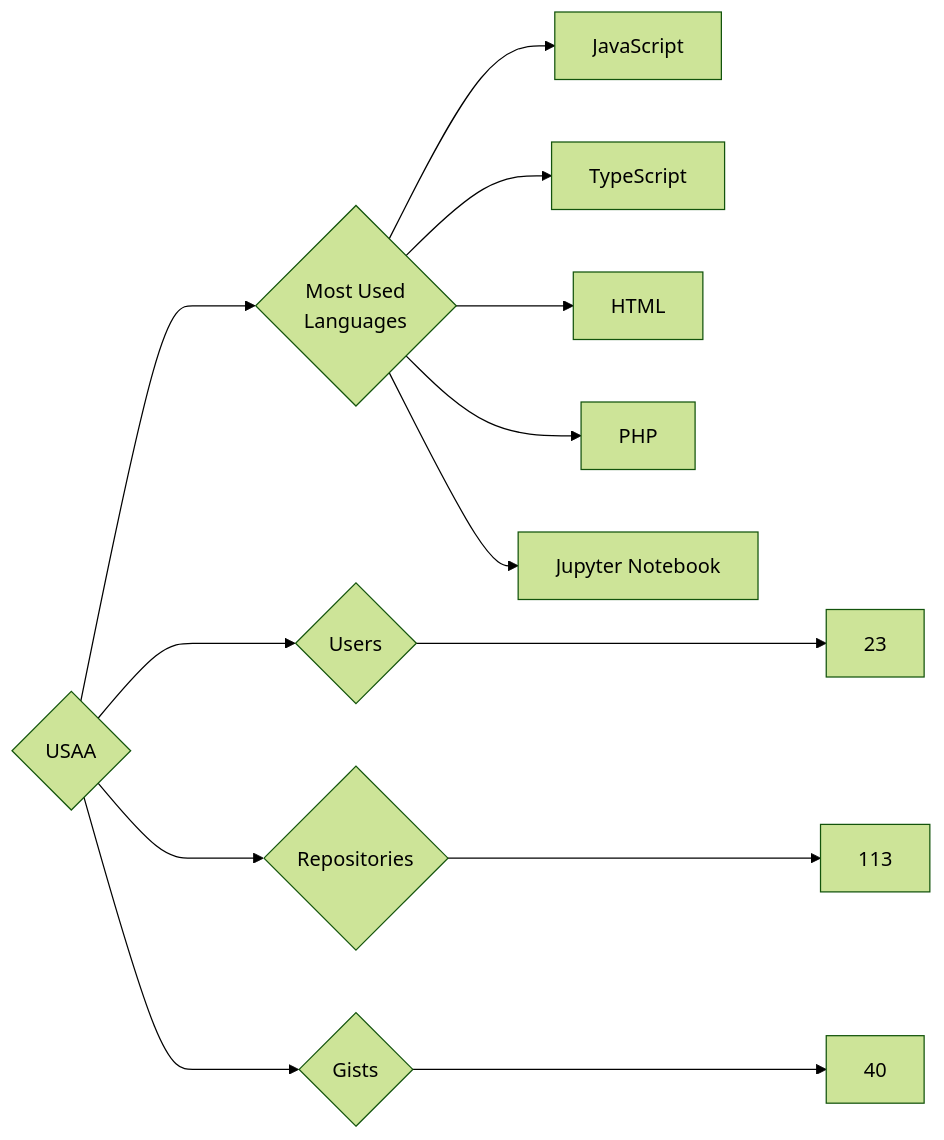
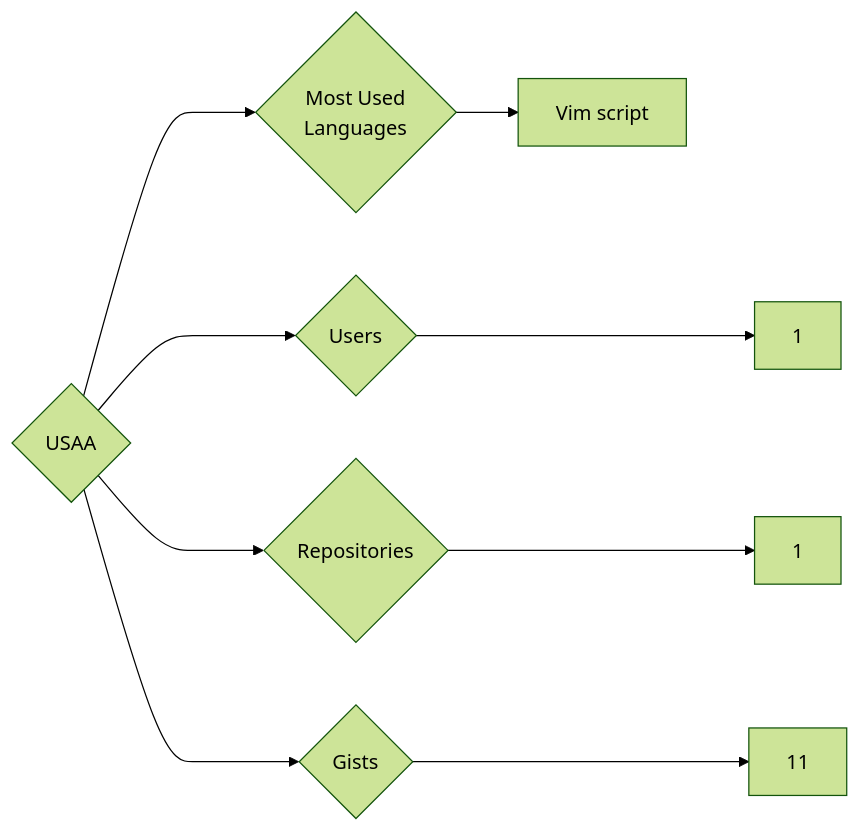
One commit to trickest/insiders changed the diagram in targets/USAA/README.md. Above: the diagram before and after it, drawn with Mermaid (forest theme). The commit also changed 851 other files, not shown here.

````diff
--- a/targets/USAA/README.md
+++ b/targets/USAA/README.md
@@ -3,13 +3,9 @@
 ```mermaid
 graph LR
 COMPANY_NAME{USAA}
-COMPANY_NAME ---> U{Users} ---> UN[23]
-COMPANY_NAME ---> R{Repositories} ---> RN[113]
-COMPANY_NAME ---> G{Gists} ---> GN[40]
+COMPANY_NAME ---> U{Users} ---> UN[1]
+COMPANY_NAME ---> R{Repositories} ---> RN[1]
+COMPANY_NAME ---> G{Gists} ---> GN[11]
 COMPANY_NAME ---> ML{Most Used<br>Languages}
-ML --> JavaScript[JavaScript]
-ML --> TypeScript[TypeScript]
-ML --> HTML[HTML]
-ML --> PHP[PHP]
-ML --> Jupyter_Notebook[Jupyter Notebook]
+ML --> Vim_script[Vim script]
 ```
````
